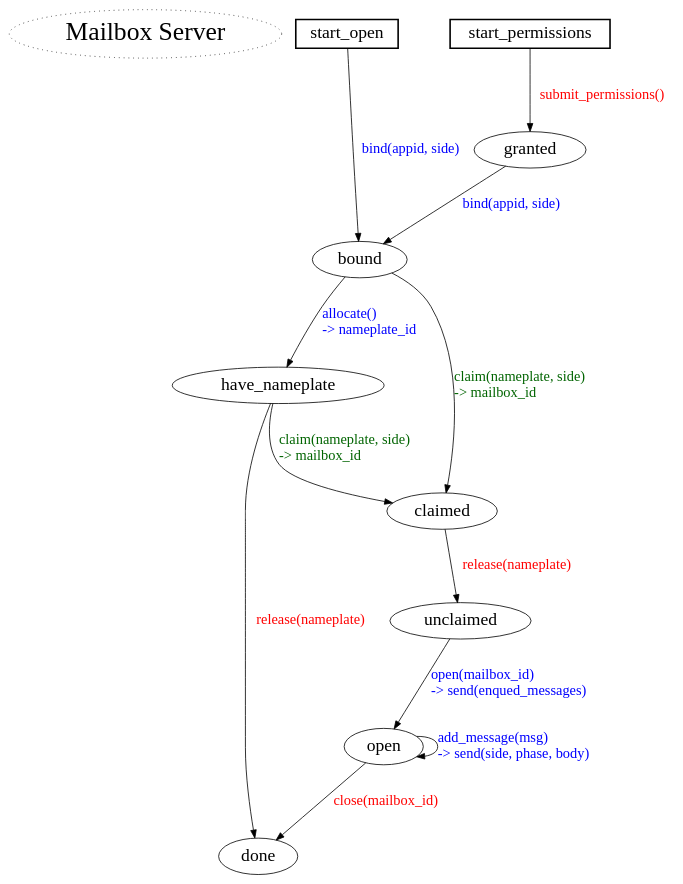
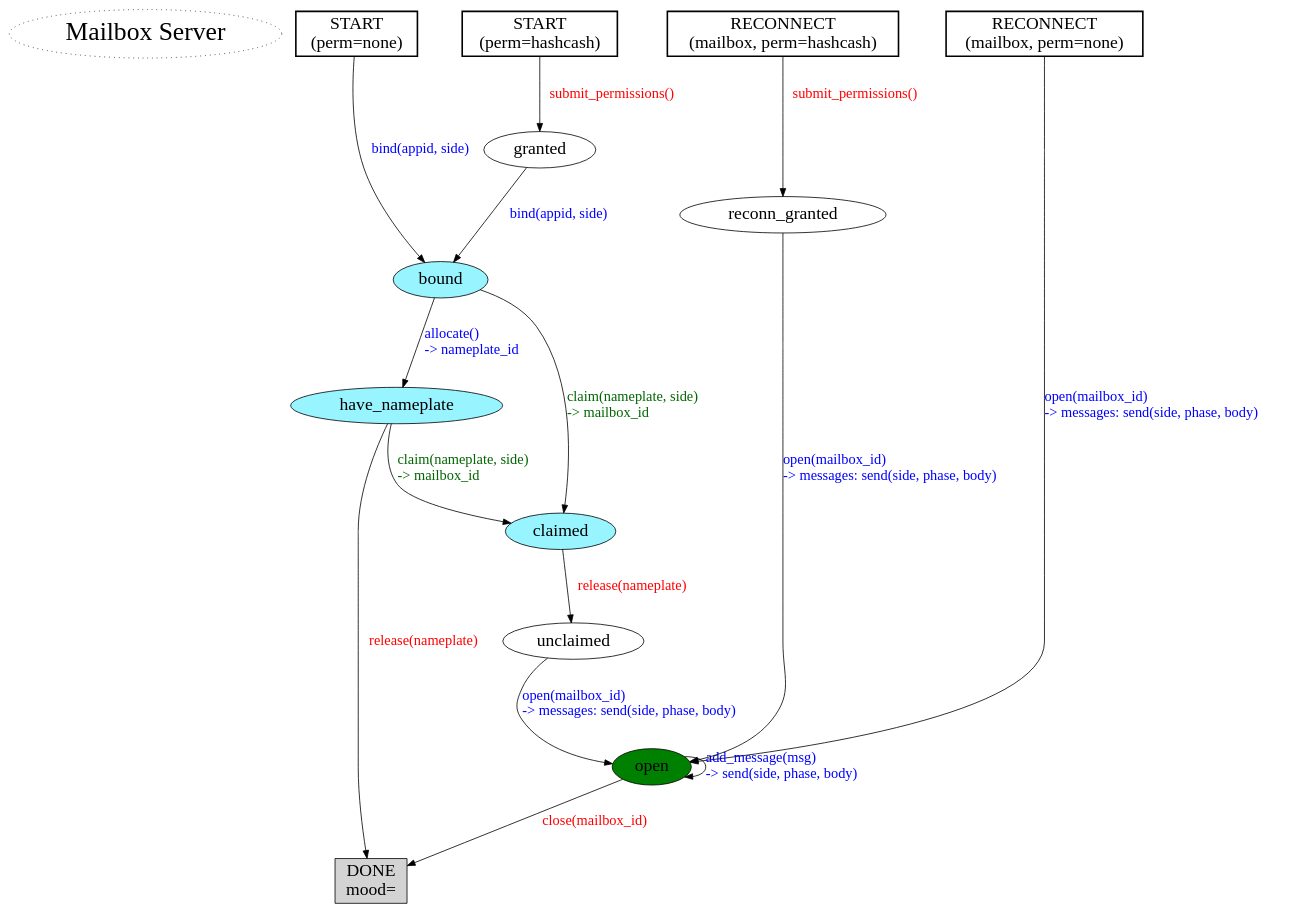
Before and after one commit to magic-wormhole/magic-wormhole-mailbox-server: the diagram in docs/states.dot, drawn with Graphviz.

Commit message:
state-machine, colours

```diff
--- a/docs/states.dot
+++ b/docs/states.dot
@@ -1,55 +1,74 @@
 /*digraph {
-    title [label="Mailbox\nServer Machine" style="dotted"]
+    title [label="Mailbox\lServer Machine" style="dotted"]
 
     start -> opened [label="open(side)"];
 
     opened -> opened [label="open(side)"];
     opened -> opened [label="add_message(sided_message)"];
     opened -> closing [label="close(side, mood)"];
 
     closing -> closing [label="close(side, mood)"];
 }
 */
 
 
 // note: all messages have an "id" and a "type"
 // and the server sends back an "ack" for every one
 // but that ack etc isn't covered in these diagrams
 
 digraph {
     node [fontname = "Source Sans Pro" fontsize = 22];
     edge [fontname = "Source Code Pro" fontsize = 18 fontcolor=blue];
     graph [fontname = "Source Sans Pro" fontsize = 22];
 
     title [label="Mailbox Server" style="dotted" fontsize=32];
 
     ranksep = 1;
 
-    {rank=same; start_open start_permissions}
-    start_open [shape=box, style=bold];
-    start_open -> bound [label="bind(appid, side)"];
+    start [label="START\n(perm=none)"];
+    start_permissions [label="START\n(perm=hashcash)"];
+    start_reconn [label="RECONNECT\n(mailbox, perm=none)"];
+    start_reconn_perm [label="RECONNECT\n(mailbox, perm=hashcash)"];
+    done [label="DONE\nmood=" shape=box style=filled];
+
+    {rank=same; start start_permissions start_reconn start_reconn_perm}
+    start [shape=box, style=bold];
+    start -> bound [label="bind(appid, side)"];
+
+    # blue, to match seqdiag section on "nameplate allocated"
+    bound [fillcolor=cadetblue1, style=filled];
+    have_nameplate [fillcolor=cadetblue1, style=filled];
+    claimed [fillcolor=cadetblue1, style=filled];
 
     start_permissions [shape=box, style=bold];
     start_permissions -> granted [label="submit_permissions()" fontcolor=red];
     granted -> bound [label="bind(appid, side)"];
+
+    start_reconn [shape=box, style=bold];
+    start_reconn -> open [label="open(mailbox_id)\l-> messages: send(side, phase, body)\l"];
+
+    start_reconn_perm [shape=box, style=bold];
+    start_reconn_perm -> reconn_granted [label="submit_permissions()" fontcolor=red];
+    open [fillcolor=green style=filled];
+    reconn_granted -> open [label="open(mailbox_id)\l-> messages: send(side, phase, body)\l"];
 
     bound -> have_nameplate [label="allocate()\l-> nameplate_id\l"]
     # allocate() really does do a claim() .. but you have to call it explicitly too
     have_nameplate -> claimed [label="claim(nameplate, side)\l-> mailbox_id\l" fontcolor=darkgreen]
     have_nameplate -> done [label="release(nameplate)" fontcolor=red]
 
     # ths is on the "join" side; they are told the nameplate number
     bound -> claimed [label="claim(nameplate, side)\l-> mailbox_id\l" fontcolor=darkgreen]
     claimed -> unclaimed [label="release(nameplate)" fontcolor=red]
 
     # note: allowing two different paths to 'unclaimed' is I think
     # _allowed_ currently by the server, but better to define it with
     # juts one way probably.
 
-    unclaimed -> open [label="open(mailbox_id)\l-> send(enqued_messages)\l"]
-    #claimed -> open [label="open(mailbox_id)\l-> send(enqued_messages)\l"]
+    unclaimed -> open [label="open(mailbox_id)\l-> messages: send(side, phase, body)\l"]
+    #claimed -> open [label="open(mailbox_id)\l-> send(all_messages)\l"]
     #open -> open [label="release(nameplate)"]
     open -> open [label="add_message(msg)\l-> send(side, phase, body)\l"]
     open ->      done [label="close(mailbox_id)" fontcolor=red]
     # XXX will get all message already in the box, how to represent?
 }
```
